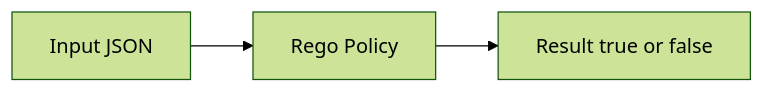
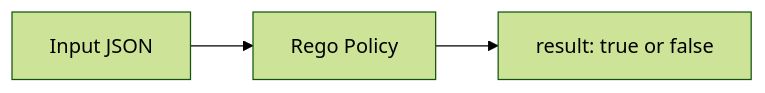
The second of 3 diagrams in docs/08-opa.md (geekchow/micro-service-auth), drawn with Mermaid (forest theme) before and after one commit. The commit also changed other lines of this file, not shown here.

````diff
--- a/docs/08-opa.md
+++ b/docs/08-opa.md
@@ -92,5 +68,5 @@
 ```mermaid
 flowchart LR
     I[Input JSON] --> P[Rego Policy]
-    P --> R[Result true or false]
+    P --> R[result: true or false]
 ```
````
